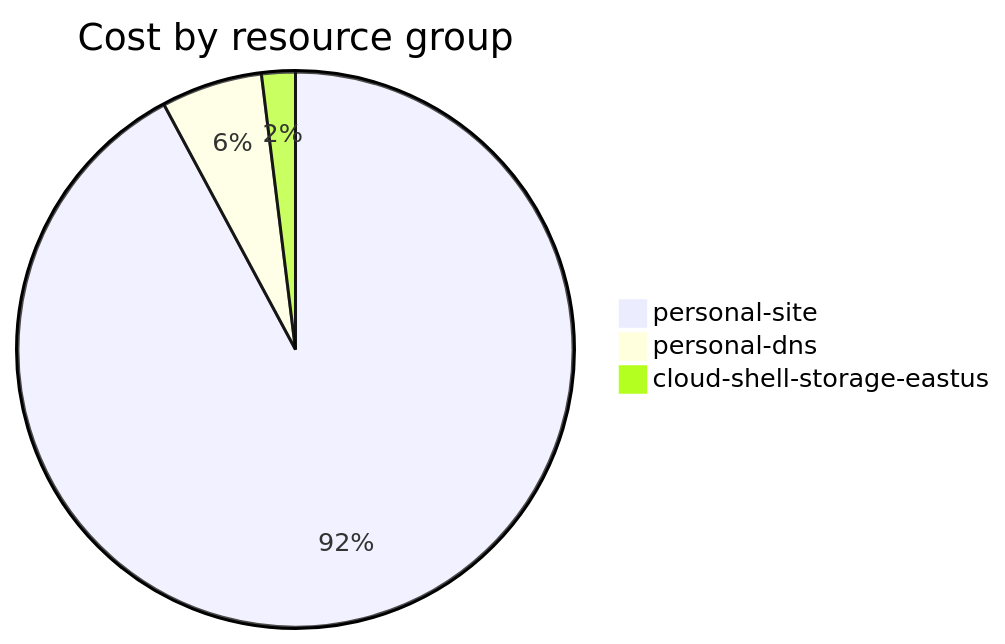
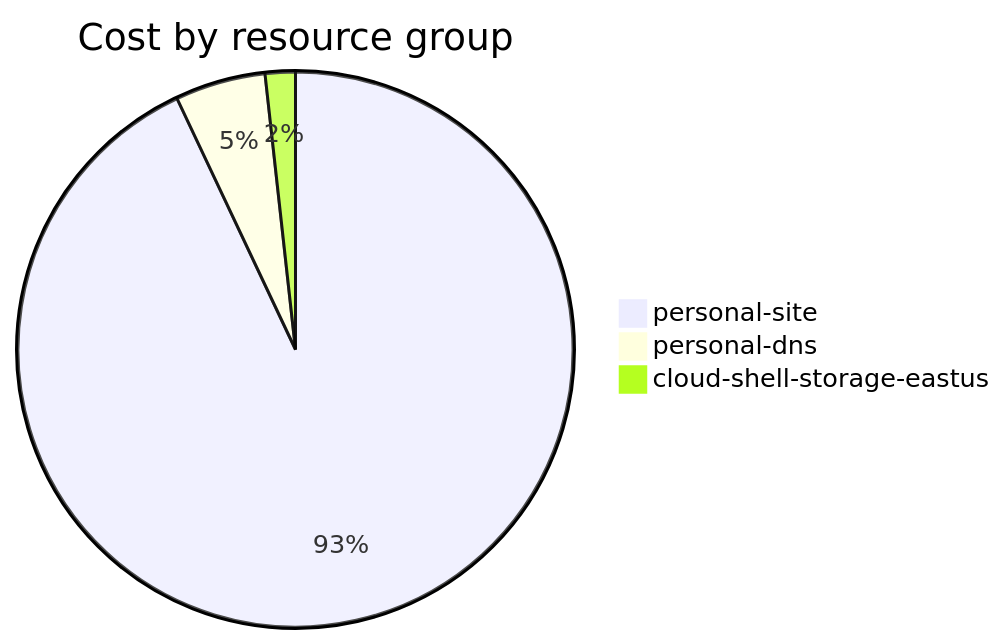
The fourth of 4 diagrams in cost-reports/accumulated-cost.md (jpfulton/azure-personal-reports), drawn with Mermaid before and after one commit. The commit also changed other lines of this file and 4 other files, not shown here.

````diff
--- a/cost-reports/accumulated-cost.md
+++ b/cost-reports/accumulated-cost.md
@@ -141,7 +143,7 @@
 ```mermaid
 pie
    title Cost by resource group
-   "personal-site" : 0.47
-   "personal-dns" : 0.03
-   "cloud-shell-storage-eastus" : 0.01
+   "personal-site" : 1.06
+   "personal-dns" : 0.06
+   "cloud-shell-storage-eastus" : 0.02
 ```
````
